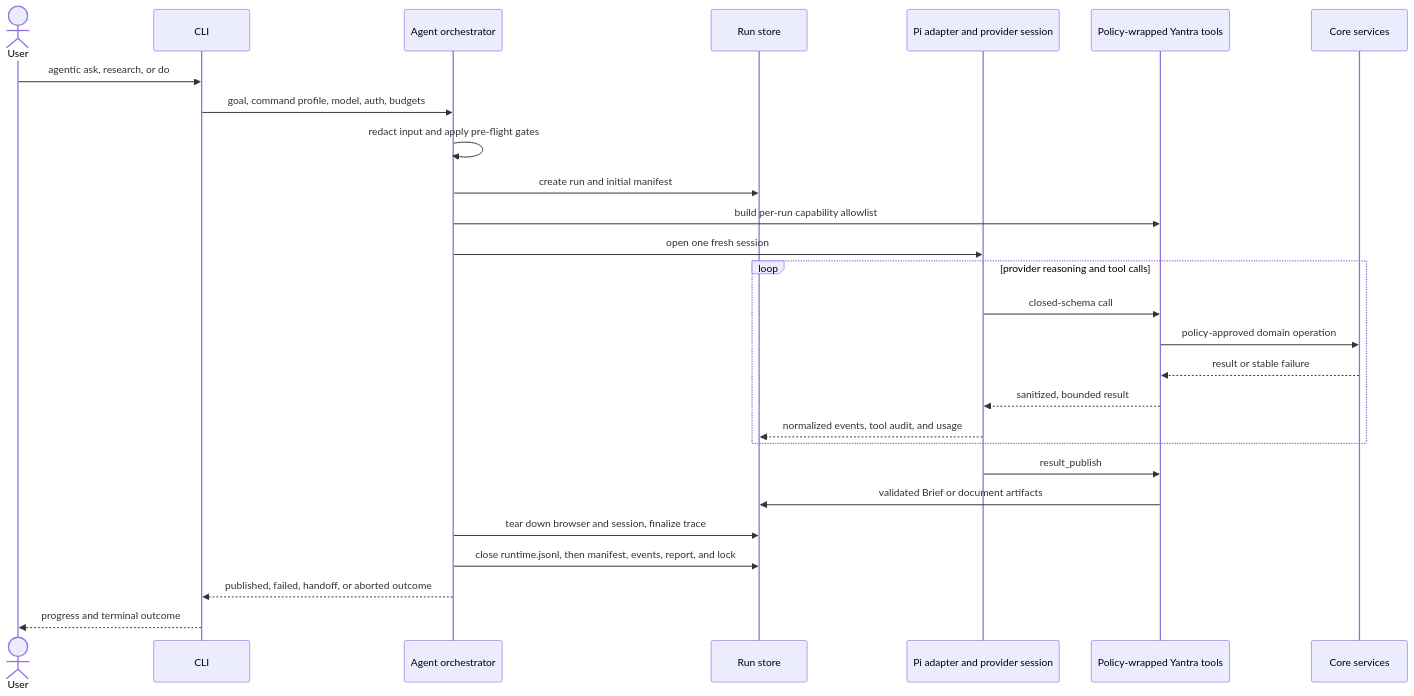
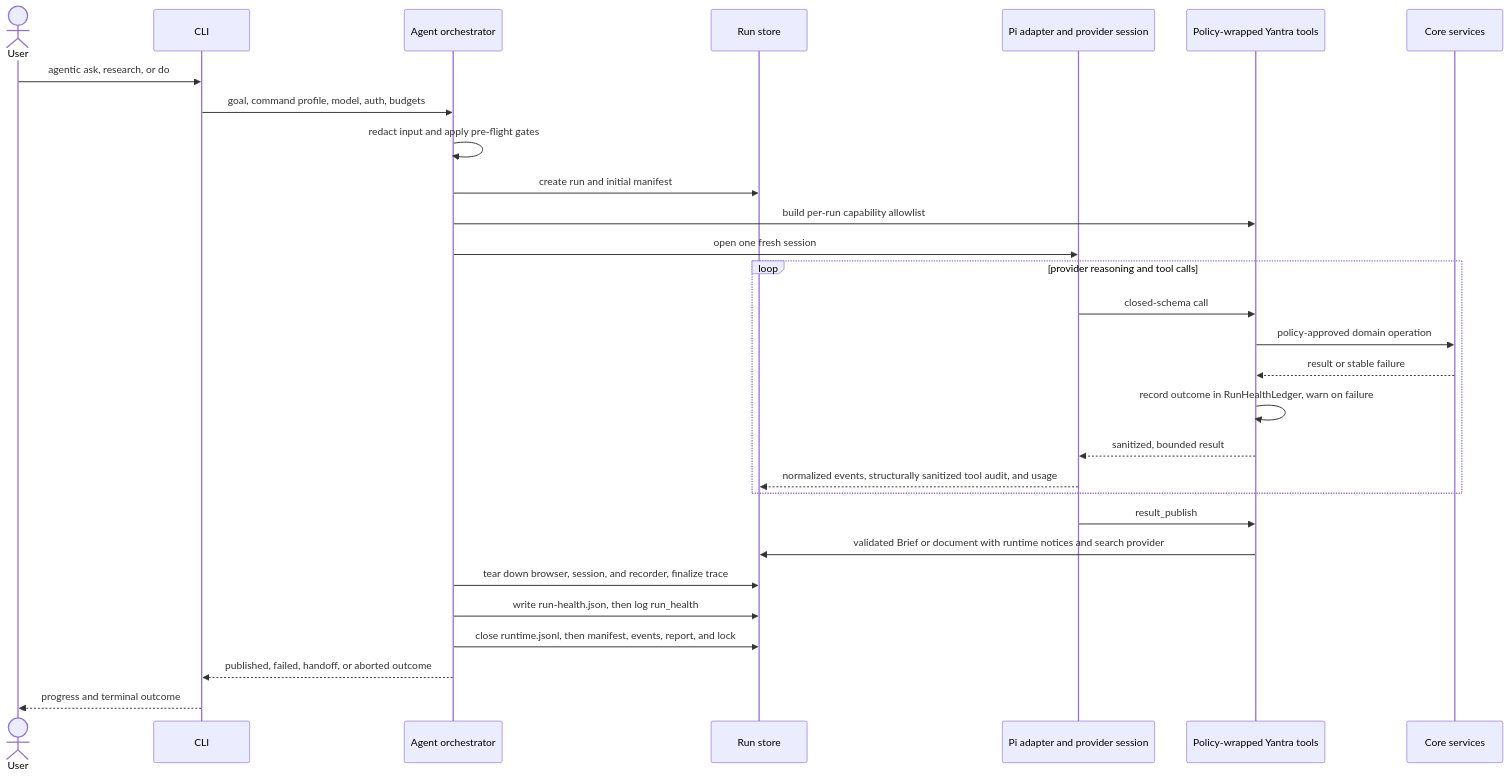
One commit to abranjith/yantra changed diagram 17 of 20 in docs/architecture.md. Above: the diagram before and after it, drawn with Mermaid. The commit also changed other lines of this file and 101 other files, not shown here.

````diff
--- a/docs/architecture.md
+++ b/docs/architecture.md
@@ -1466,30 +1575,32 @@
 ```mermaid
 sequenceDiagram
   actor User
   participant CLI
   participant Agent as Agent orchestrator
   participant Run as Run store
   participant Pi as Pi adapter and provider session
   participant Tools as Policy-wrapped Yantra tools
   participant Core as Core services
 
   User->>CLI: agentic ask, research, or do
   CLI->>Agent: goal, command profile, model, auth, budgets
   Agent->>Agent: redact input and apply pre-flight gates
   Agent->>Run: create run and initial manifest
   Agent->>Tools: build per-run capability allowlist
   Agent->>Pi: open one fresh session
   loop provider reasoning and tool calls
     Pi->>Tools: closed-schema call
     Tools->>Core: policy-approved domain operation
     Core-->>Tools: result or stable failure
+    Tools->>Tools: record outcome in RunHealthLedger, warn on failure
     Tools-->>Pi: sanitized, bounded result
-    Pi-->>Run: normalized events, tool audit, and usage
+    Pi-->>Run: normalized events, structurally sanitized tool audit, and usage
   end
   Pi->>Tools: result_publish
-  Tools->>Run: validated Brief or document artifacts
-  Agent->>Run: tear down browser and session, finalize trace
+  Tools->>Run: validated Brief or document with runtime notices and search provider
+  Agent->>Run: tear down browser, session, and recorder, finalize trace
+  Agent->>Run: write run-health.json, then log run_health
   Agent->>Run: close runtime.jsonl, then manifest, events, report, and lock
   Agent-->>CLI: published, failed, handoff, or aborted outcome
   CLI-->>User: progress and terminal outcome
 ```
````
